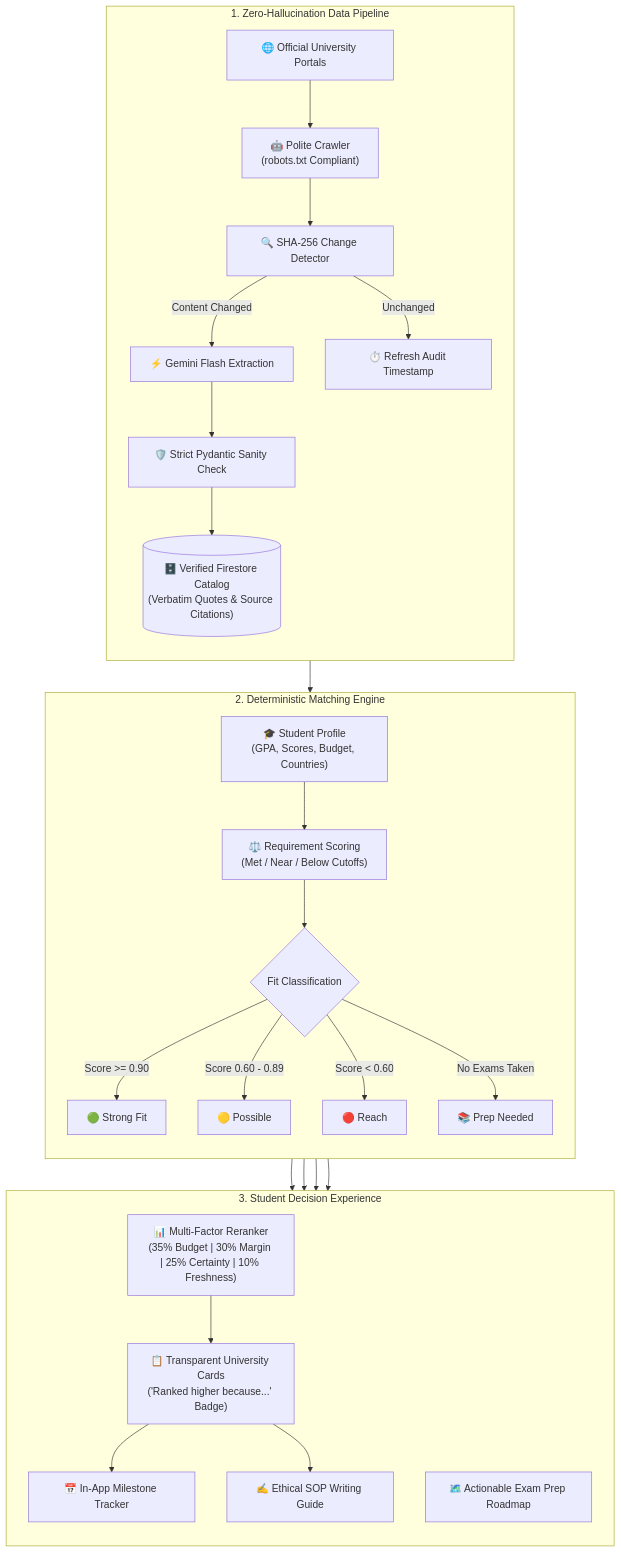
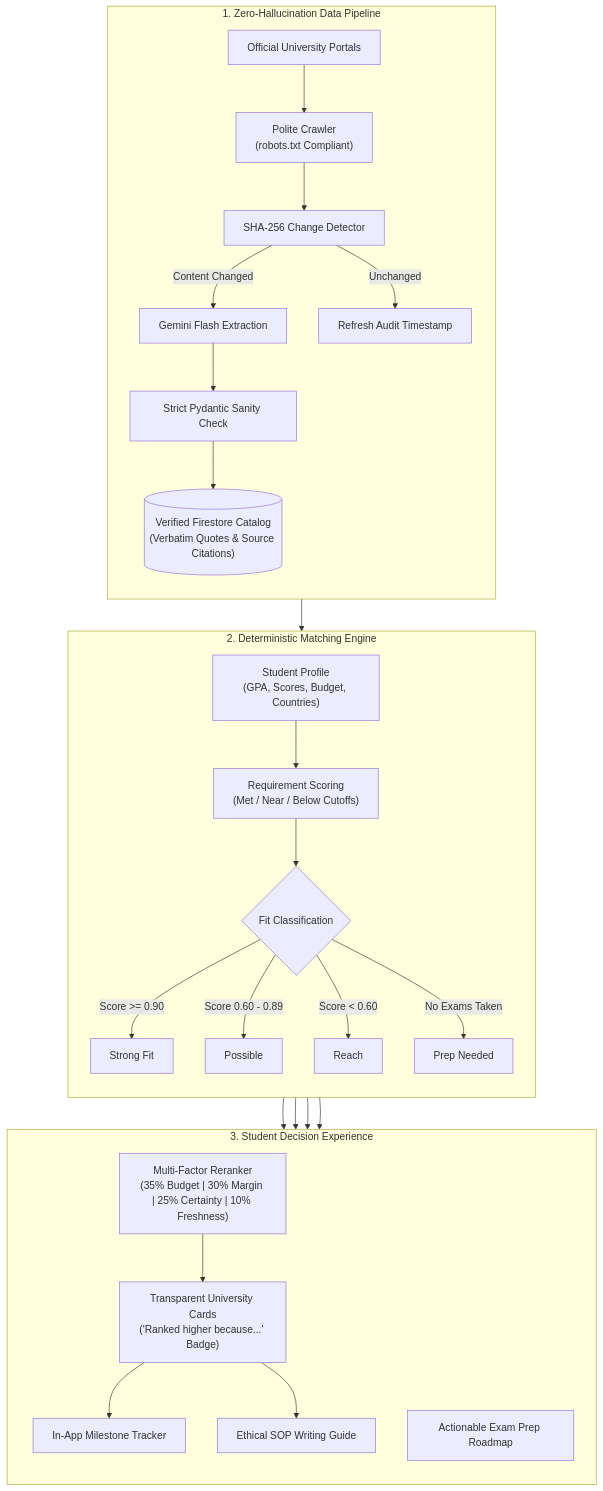
The diagram in README.md (Aish-transitminds/Career_Goals.ai), drawn with Mermaid before and after one commit. The commit also changed other lines of this file, not shown here.

Commit message:
docs: remove emojis from README and Mermaid flowchart

````diff
--- a/README.md
+++ b/README.md
@@ -11,38 +11,38 @@
 ```mermaid
 flowchart TD
     %% Subgraph 1: Zero-Hallucination Pipeline
     subgraph Pipeline ["1. Zero-Hallucination Data Pipeline"]
         direction TB
-        A["🌐 Official University Portals"] --> B["🤖 Polite Crawler<br/>(robots.txt Compliant)"]
-        B --> C["🔍 SHA-256 Change Detector"]
-        C -->|Content Changed| D["⚡ Gemini Flash Extraction"]
-        C -->|Unchanged| E["⏱️ Refresh Audit Timestamp"]
-        D --> F["🛡️ Strict Pydantic Sanity Check"]
-        F --> G[("🗄️ Verified Firestore Catalog<br/>(Verbatim Quotes & Source Citations)")]
+        A["Official University Portals"] --> B["Polite Crawler<br/>(robots.txt Compliant)"]
+        B --> C["SHA-256 Change Detector"]
+        C -->|Content Changed| D["Gemini Flash Extraction"]
+        C -->|Unchanged| E["Refresh Audit Timestamp"]
+        D --> F["Strict Pydantic Sanity Check"]
+        F --> G[("Verified Firestore Catalog<br/>(Verbatim Quotes & Source Citations)")]
     end
 
     %% Subgraph 2: Deterministic Match & Scoring Engine
     subgraph Matching ["2. Deterministic Matching Engine"]
         direction TB
-        H["🎓 Student Profile<br/>(GPA, Scores, Budget, Countries)"]
-        G --> I["⚖️ Requirement Scoring<br/>(Met / Near / Below Cutoffs)"]
+        H["Student Profile<br/>(GPA, Scores, Budget, Countries)"]
+        G --> I["Requirement Scoring<br/>(Met / Near / Below Cutoffs)"]
         H --> I
         I --> J{"Fit Classification"}
-        J -->|Score >= 0.90| K["🟢 Strong Fit"]
-        J -->|Score 0.60 - 0.89| L["🟡 Possible"]
-        J -->|Score < 0.60| M["🔴 Reach"]
-        J -->|No Exams Taken| N["📚 Prep Needed"]
+        J -->|Score >= 0.90| K["Strong Fit"]
+        J -->|Score 0.60 - 0.89| L["Possible"]
+        J -->|Score < 0.60| M["Reach"]
+        J -->|No Exams Taken| N["Prep Needed"]
     end
 
     %% Subgraph 3: Student Experience & Decision Hub
     subgraph Decision ["3. Student Decision Experience"]
         direction TB
-        K --> O["📊 Multi-Factor Reranker<br/>(35% Budget | 30% Margin | 25% Certainty | 10% Freshness)"]
+        K --> O["Multi-Factor Reranker<br/>(35% Budget | 30% Margin | 25% Certainty | 10% Freshness)"]
         L --> O
         M --> O
-        O --> P["📋 Transparent University Cards<br/>('Ranked higher because...' Badge)"]
-        N --> Q["🗺️ Actionable Exam Prep Roadmap"]
-        P --> R["📅 In-App Milestone Tracker"]
-        P --> S["✍️ Ethical SOP Writing Guide"]
+        O --> P["Transparent University Cards<br/>('Ranked higher because...' Badge)"]
+        N --> Q["Actionable Exam Prep Roadmap"]
+        P --> R["In-App Milestone Tracker"]
+        P --> S["Ethical SOP Writing Guide"]
     end
 ```
````
